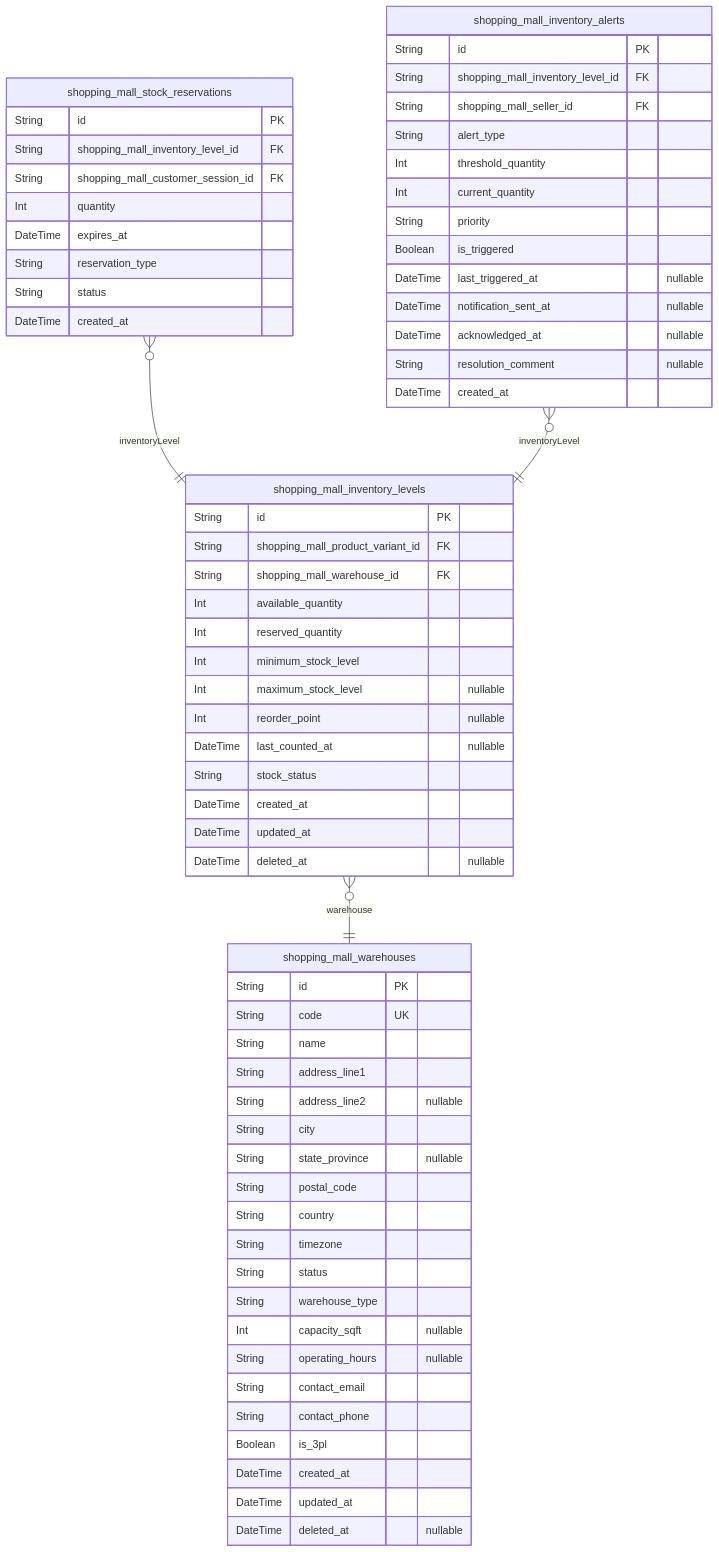
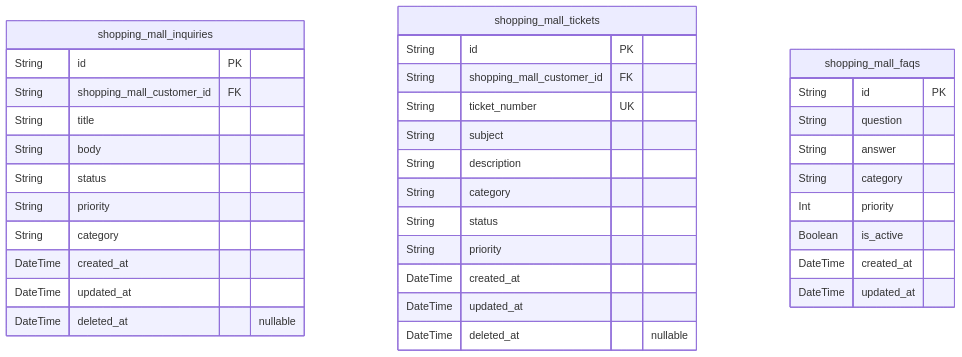
The eighth of 10 diagrams in moonshotai/kimi-k2-0905-exacto/shopping/docs/ERD.md (wrtnlabs/autobe-examples), drawn with Mermaid before and after one commit. The commit also changed other lines of this file and 22498 other files, not shown here.

````diff
--- a/moonshotai/kimi-k2-0905-exacto/shopping/docs/ERD.md
+++ b/moonshotai/kimi-k2-0905-exacto/shopping/docs/ERD.md
@@ -1759,68 +1536,38 @@
 ```mermaid
 erDiagram
-"shopping_mall_inventory_levels" {
+"shopping_mall_inquiries" {
   String id PK
-  String shopping_mall_product_variant_id FK
-  String shopping_mall_warehouse_id FK
-  Int available_quantity
-  Int reserved_quantity
-  Int minimum_stock_level
-  Int maximum_stock_level "nullable"
-  Int reorder_point "nullable"
-  DateTime last_counted_at "nullable"
-  String stock_status
+  String shopping_mall_customer_id FK
+  String title
+  String body
+  String status
+  String priority
+  String category
   DateTime created_at
   DateTime updated_at
   DateTime deleted_at "nullable"
 }
-"shopping_mall_stock_reservations" {
+"shopping_mall_tickets" {
   String id PK
-  String shopping_mall_inventory_level_id FK
-  String shopping_mall_customer_session_id FK
-  Int quantity
-  DateTime expires_at
-  String reservation_type
+  String shopping_mall_customer_id FK
+  String ticket_number UK
+  String subject
+  String description
+  String category
   String status
-  DateTime created_at
-}
-"shopping_mall_warehouses" {
-  String id PK
-  String code UK
-  String name
-  String address_line1
-  String address_line2 "nullable"
-  String city
-  String state_province "nullable"
-  String postal_code
-  String country
-  String timezone
-  String status
-  String warehouse_type
-  Int capacity_sqft "nullable"
-  String operating_hours "nullable"
-  String contact_email
-  String contact_phone
-  Boolean is_3pl
+  String priority
   DateTime created_at
   DateTime updated_at
   DateTime deleted_at "nullable"
 }
-"shopping_mall_inventory_alerts" {
+"shopping_mall_faqs" {
   String id PK
-  String shopping_mall_inventory_level_id FK
-  String shopping_mall_seller_id FK
-  String alert_type
-  Int threshold_quantity
-  Int current_quantity
-  String priority
-  Boolean is_triggered
-  DateTime last_triggered_at "nullable"
-  DateTime notification_sent_at "nullable"
-  DateTime acknowledged_at "nullable"
-  String resolution_comment "nullable"
+  String question
+  String answer
+  String category
+  Int priority
+  Boolean is_active
   DateTime created_at
+  DateTime updated_at
 }
-"shopping_mall_inventory_levels" }o--|| "shopping_mall_warehouses" : warehouse
-"shopping_mall_stock_reservations" }o--|| "shopping_mall_inventory_levels" : inventoryLevel
-"shopping_mall_inventory_alerts" }o--|| "shopping_mall_inventory_levels" : inventoryLevel
 ```
````
